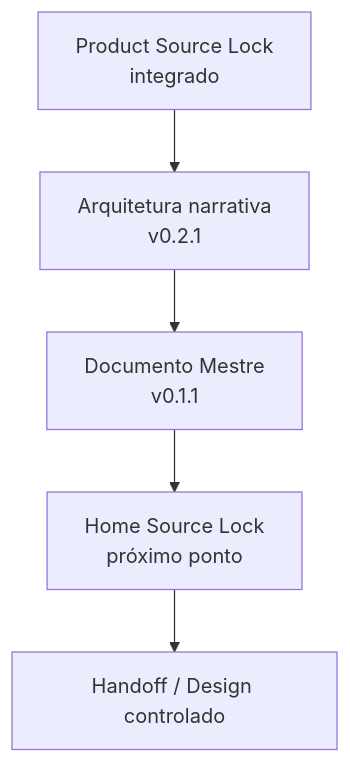
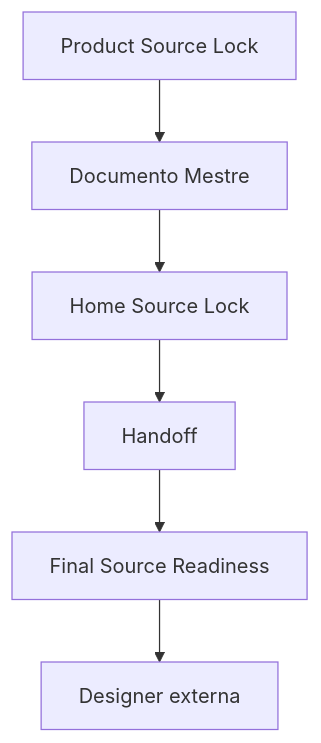
One commit to guivos-repositorio/Guivos-Knowledge-Repository changed the second of 2 diagrams in docs/experience-architecture/public-home-intelligence-master-document.md. Above: the diagram before and after it, drawn with Mermaid. The commit also changed other lines of this file, not shown here.

Commit message:
GKR: reconcile Intelligence master with existing source lock and handoff

````diff
--- a/docs/experience-architecture/public-home-intelligence-master-document.md
+++ b/docs/experience-architecture/public-home-intelligence-master-document.md
@@ -724,7 +749,8 @@
 ```mermaid
 flowchart TD
-    P[Product Source Lock\nintegrado] --> A[Arquitetura narrativa\nv0.2.1]
-    A --> M[Documento Mestre\nv0.1.1]
-    M --> S[Home Source Lock\npróximo ponto]
-    S --> D[Handoff / Design controlado]
+    P[Product Source Lock] --> M[Documento Mestre]
+    M --> S[Home Source Lock]
+    S --> H[Handoff]
+    H --> R[Final Source Readiness]
+    R --> D[Designer externa]
 ```
````
